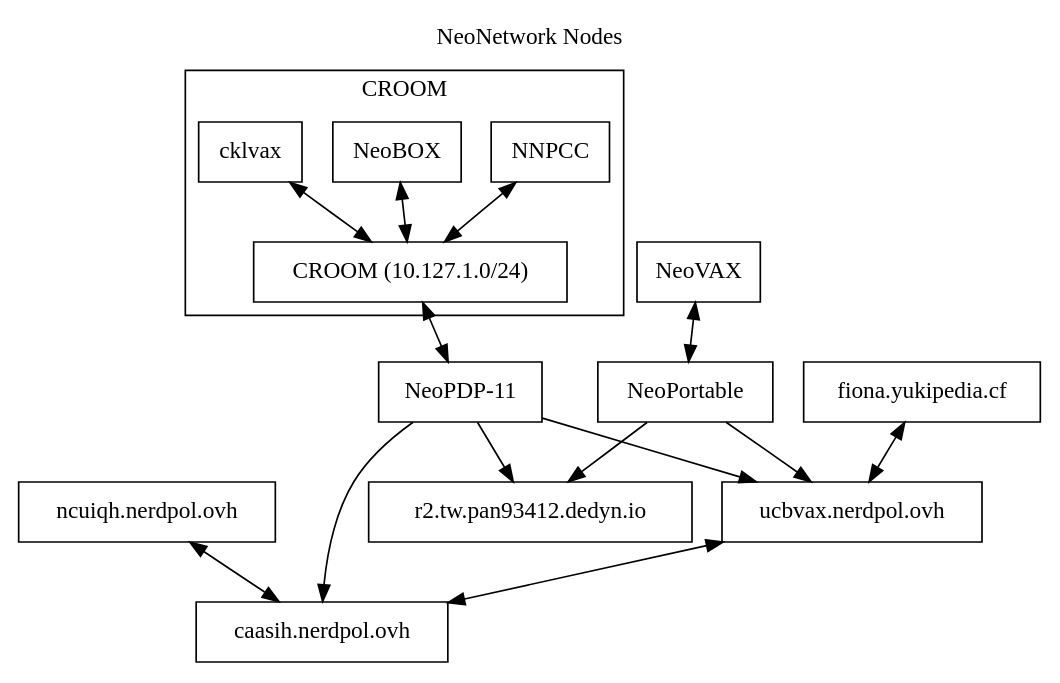
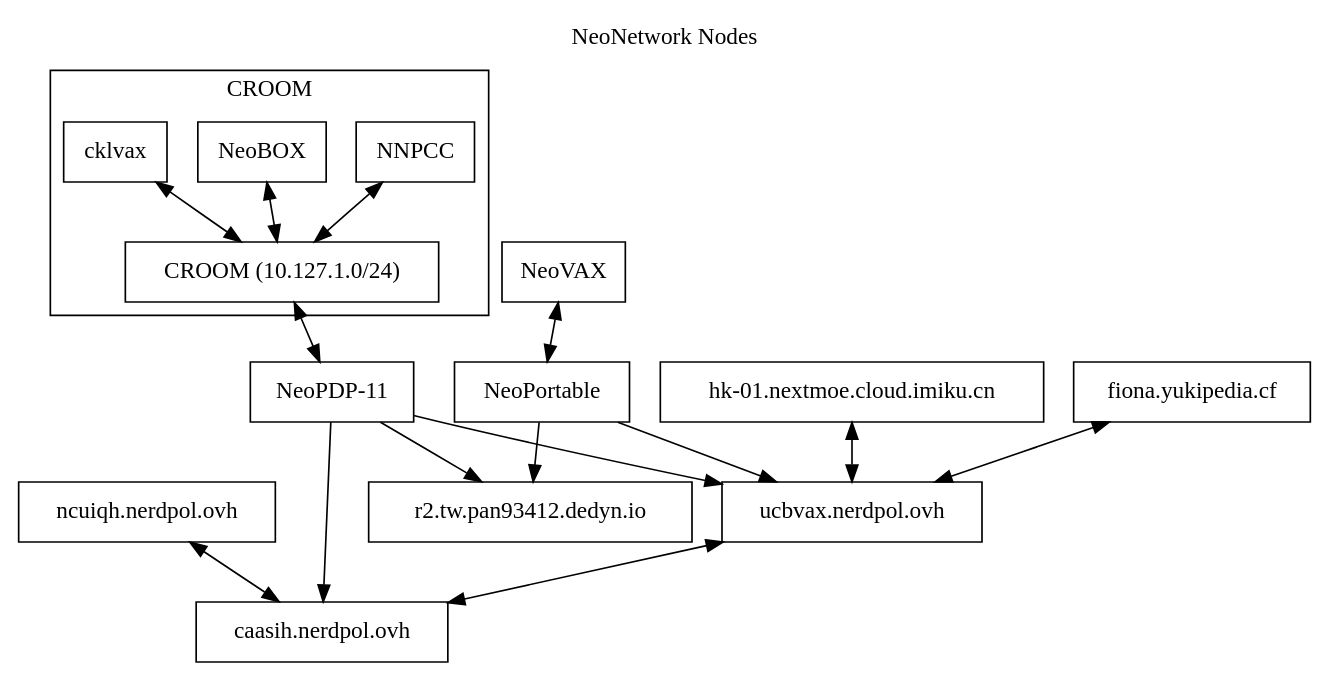
The diagram in nodes.dot (NeoCloud/NeoNetwork), drawn with Graphviz before and after one commit. The commit also changed 4 other files, not shown here.

```diff
--- a/nodes.dot
+++ b/nodes.dot
@@ -1,35 +1,36 @@
 digraph "NeoNetwork Nodes"
 {
 	labelloc="t";
 	label="NeoNetwork Nodes";
 	rankdir=TD
 	node [shape=box]
 	c [label="caasih.nerdpol.ovh"]
 	ucbvax [label="ucbvax.nerdpol.ovh"]
 	np11 [label="NeoPDP-11"]
 	croom [label="CROOM (10.127.1.0/24)"]
 	np [label="NeoPortable"]
 	nv [label="NeoVAX"]
 	ncuiqh [label="ncuiqh.nerdpol.ovh"]
 	fionaLHS [label="fiona.yukipedia.cf"]
 	pan [label="r2.tw.pan93412.dedyn.io"]
-
+        icecat_Explosion [label="hk-01.nextmoe.cloud.imiku.cn"]
 	subgraph cluster_croom {
 		label = "CROOM";
 
 		NNPCC -> croom [dir=both]
 		NeoBOX -> croom [dir=both]
 		cklvax -> croom [dir=both]
 	}
 
 	np11 -> c
 	np11 -> ucbvax
 	np11 -> pan
 	ucbvax -> c [dir=both]
 	croom -> np11 [dir=both]
 	np -> ucbvax
 	nv -> np [dir=both]
 	ncuiqh -> c [dir=both]
 	fionaLHS -> ucbvax [dir=both]
 	np -> pan
+	icecat_Explosion -> ucbvax [dir=both]
 }
```
